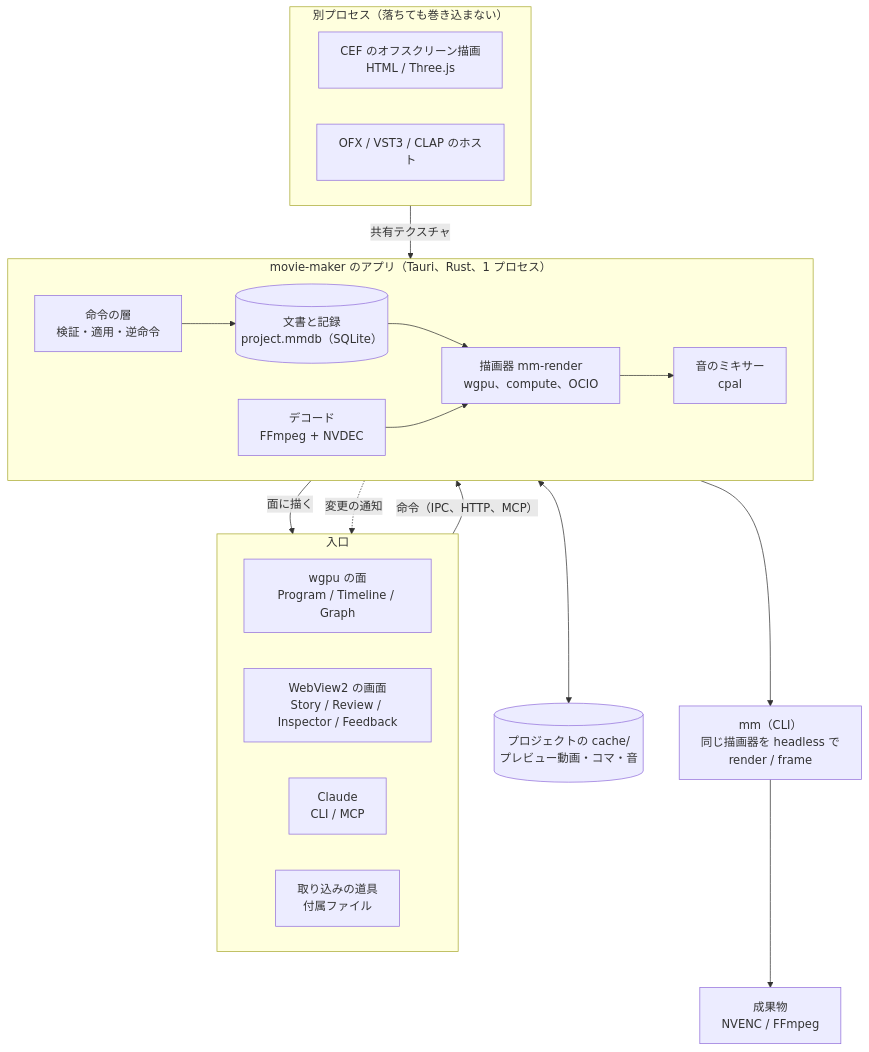
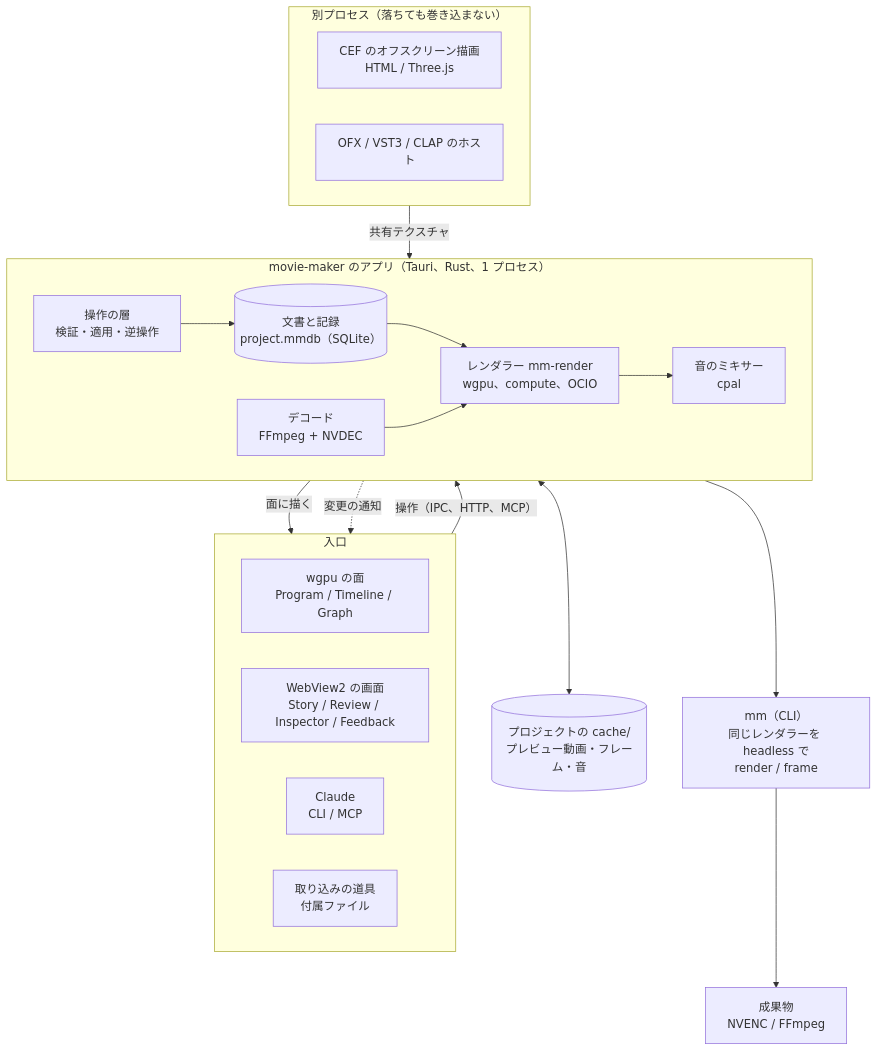
One commit to Durun/claude-marketplace changed the diagram in movie-maker/docs/design/01-architecture.md. Above: the diagram before and after it, drawn with Mermaid. The commit also changed other lines of this file and 218 other files, not shown here.

````diff
--- a/movie-maker/docs/design/01-architecture.md
+++ b/movie-maker/docs/design/01-architecture.md
@@ -28,35 +28,35 @@
 ```mermaid
 flowchart TB
   subgraph IN[入口]
     direction LR
     NV[wgpu の面<br>Program / Timeline / Graph]
     WV[WebView2 の画面<br>Story / Review / Inspector / Feedback]
     CL[Claude<br>CLI / MCP]
     ING[取り込みの道具<br>付属ファイル]
   end
   subgraph APP[movie-maker のアプリ（Tauri、Rust、1 プロセス）]
     direction LR
-    OPS[命令の層<br>検証・適用・逆命令]
+    OPS[操作の層<br>検証・適用・逆操作]
     DOC[(文書と記録<br>project.mmdb（SQLite）)]
-    ENG[描画器 mm-render<br>wgpu、compute、OCIO]
+    ENG[レンダラー mm-render<br>wgpu、compute、OCIO]
     DEC[デコード<br>FFmpeg + NVDEC]
     MIX[音のミキサー<br>cpal]
     OPS --> DOC --> ENG
     DEC --> ENG
     ENG --> MIX
   end
   subgraph HOSTS[別プロセス（落ちても巻き込まない）]
     direction LR
     CEF[CEF のオフスクリーン描画<br>HTML / Three.js]
     OFX[OFX / VST3 / CLAP のホスト]
   end
-  CACHE[(プロジェクトの cache/<br>プレビュー動画・コマ・音)]
-  CLI[mm（CLI）<br>同じ描画器を headless で<br>render / frame]
+  CACHE[(プロジェクトの cache/<br>プレビュー動画・フレーム・音)]
+  CLI[mm（CLI）<br>同じレンダラーを headless で<br>render / frame]
   OUT[成果物<br>NVENC / FFmpeg]
-  IN -- 命令（IPC、HTTP、MCP） --> OPS
+  IN -- 操作（IPC、HTTP、MCP） --> OPS
   DOC -. 変更の通知 .-> IN
   ENG -- 面に描く --> NV
   HOSTS -- 共有テクスチャ --> ENG
   ENG <--> CACHE
   DOC --> CLI --> OUT
 ```
````
